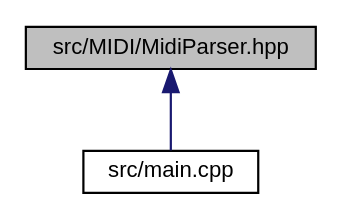
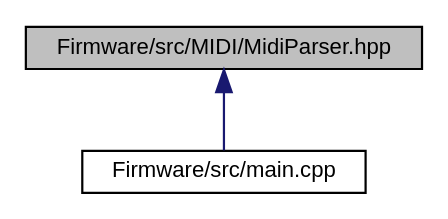
The diagram in docs/_midi_parser_8hpp__dep__incl.dot (AkiyukiOkayasu/jade), drawn with Graphviz before and after one commit. The commit also changed 122 other files, not shown here.

```diff
--- a/docs/_midi_parser_8hpp__dep__incl.dot
+++ b/docs/_midi_parser_8hpp__dep__incl.dot
@@ -1,9 +1,9 @@
-digraph "src/MIDI/MidiParser.hpp"
+digraph "Firmware/src/MIDI/MidiParser.hpp"
 {
  // LATEX_PDF_SIZE
   edge [fontname="Helvetica",fontsize="10",labelfontname="Helvetica",labelfontsize="10"];
   node [fontname="Helvetica",fontsize="10",shape=record];
-  Node1 [label="src/MIDI/MidiParser.hpp",height=0.2,width=0.4,color="black", fillcolor="grey75", style="filled", fontcolor="black",tooltip="USB-MIDI event parser."];
+  Node1 [label="Firmware/src/MIDI/MidiParser.hpp",height=0.2,width=0.4,color="black", fillcolor="grey75", style="filled", fontcolor="black",tooltip="USB-MIDI event parser."];
   Node1 -> Node2 [dir="back",color="midnightblue",fontsize="10",style="solid",fontname="Helvetica"];
-  Node2 [label="src/main.cpp",height=0.2,width=0.4,color="black", fillcolor="white", style="filled",URL="$main_8cpp.html",tooltip="jade main"];
+  Node2 [label="Firmware/src/main.cpp",height=0.2,width=0.4,color="black", fillcolor="white", style="filled",URL="$main_8cpp.html",tooltip="jade main"];
 }
```
